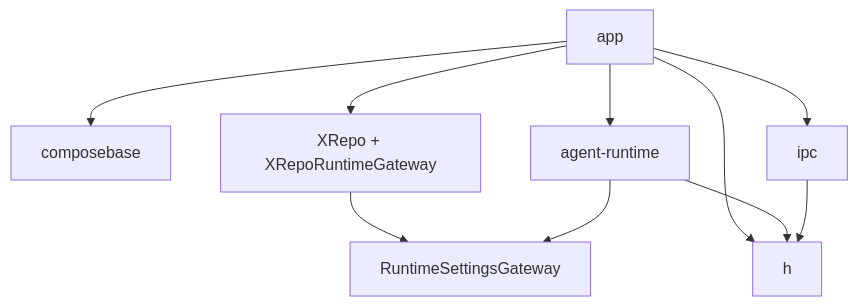
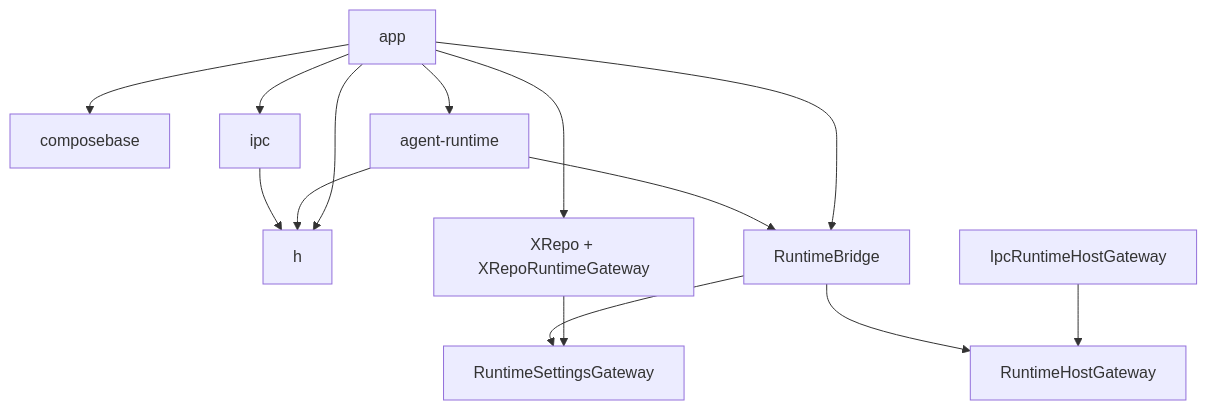
The diagram in docs/.asc_task/module_refactor/tech_design.md (niki914/agentic-nexus), drawn with Mermaid before and after one commit. The commit also changed other lines of this file and 13 other files, not shown here.

````diff
--- a/docs/.asc_task/module_refactor/tech_design.md
+++ b/docs/.asc_task/module_refactor/tech_design.md
@@ -320,20 +380,27 @@
 ```mermaid
 graph TD
     App[app]
     CB[composebase]
     RT[agent-runtime]
     H[h]
     IPC[ipc]
-    GW[RuntimeSettingsGateway]
+    RB[RuntimeBridge]
+    SG[RuntimeSettingsGateway]
+    HG[RuntimeHostGateway]
     Repo[XRepo + XRepoRuntimeGateway]
+    Host[IpcRuntimeHostGateway]
 
     App --> CB
     App --> RT
     App --> H
     App --> IPC
     App --> Repo
-    Repo --> GW
-    RT --> GW
+    App --> RB
+    Repo --> SG
+    Host --> HG
+    RB --> SG
+    RB --> HG
+    RT --> RB
     RT --> H
     IPC --> H
 ```
````
